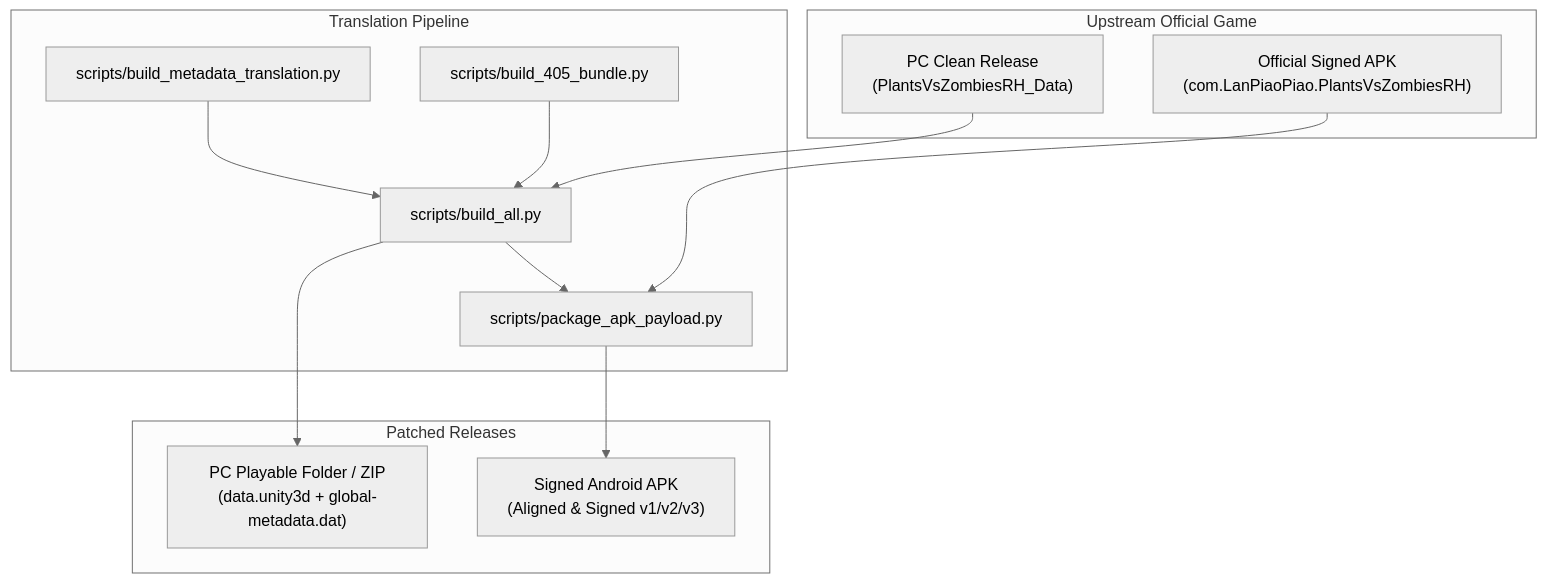
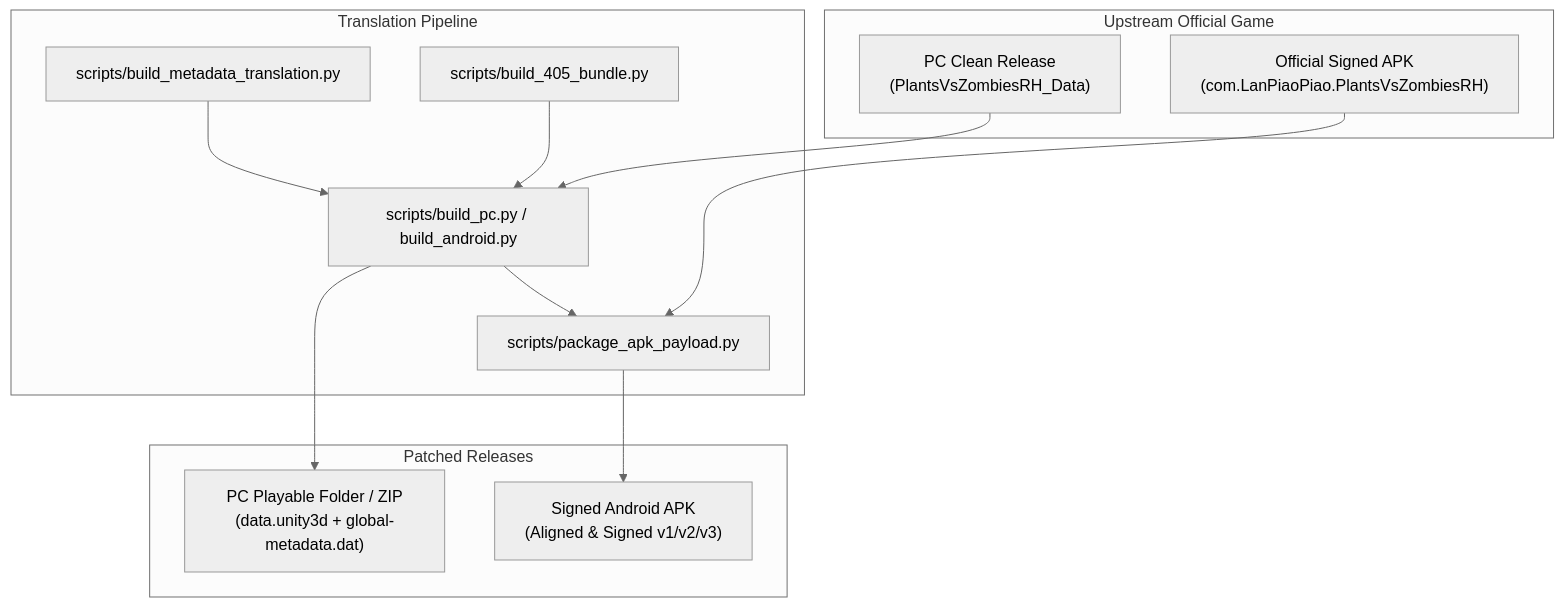
The diagram in docs/ARCHITECTURE.md (Tproplay/Pvz-Fusion-Translation-Lite), drawn with Mermaid (neutral theme) before and after one commit. The commit also changed other lines of this file and 17 other files, not shown here.

````diff
--- a/docs/ARCHITECTURE.md
+++ b/docs/ARCHITECTURE.md
@@ -175,27 +174,27 @@
 ```mermaid
 flowchart TD
     subgraph Upstream ["Upstream Official Game"]
         PC_Orig["PC Clean Release\n(PlantsVsZombiesRH_Data)"]
         APK_Orig["Official Signed APK\n(com.LanPiaoPiao.PlantsVsZombiesRH)"]
     end
 
     subgraph Toolkit ["Translation Pipeline"]
-        Scripts["scripts/build_all.py"]
+        Scripts["scripts/build_pc.py / build_android.py"]
         MetaGen["scripts/build_metadata_translation.py"]
         BundleGen["scripts/build_405_bundle.py"]
         APKPack["scripts/package_apk_payload.py"]
     end
 
     subgraph Outputs ["Patched Releases"]
         PC_Out["PC Playable Folder / ZIP\n(data.unity3d + global-metadata.dat)"]
         APK_Out["Signed Android APK\n(Aligned & Signed v1/v2/v3)"]
     end
 
     PC_Orig --> Scripts
     APK_Orig --> APKPack
     MetaGen --> Scripts
     BundleGen --> Scripts
     Scripts --> PC_Out
     Scripts --> APKPack
     APKPack --> APK_Out
 ```
````
